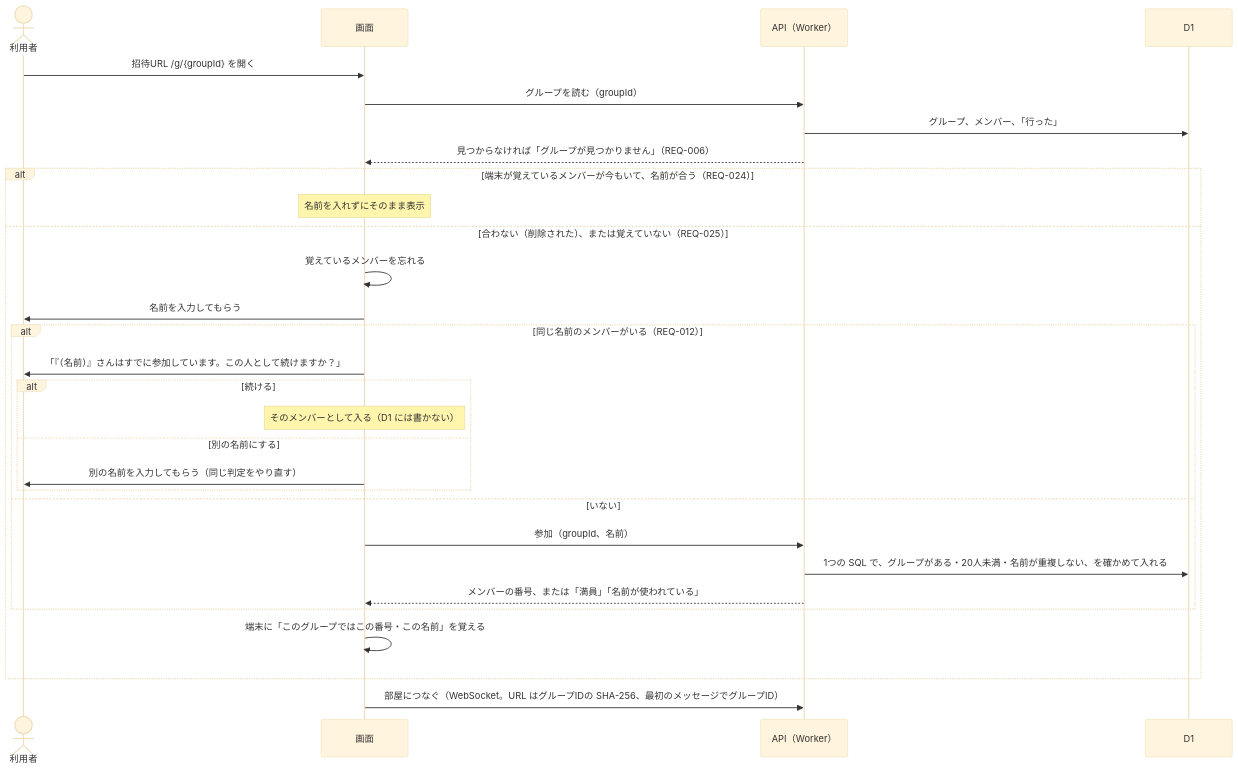
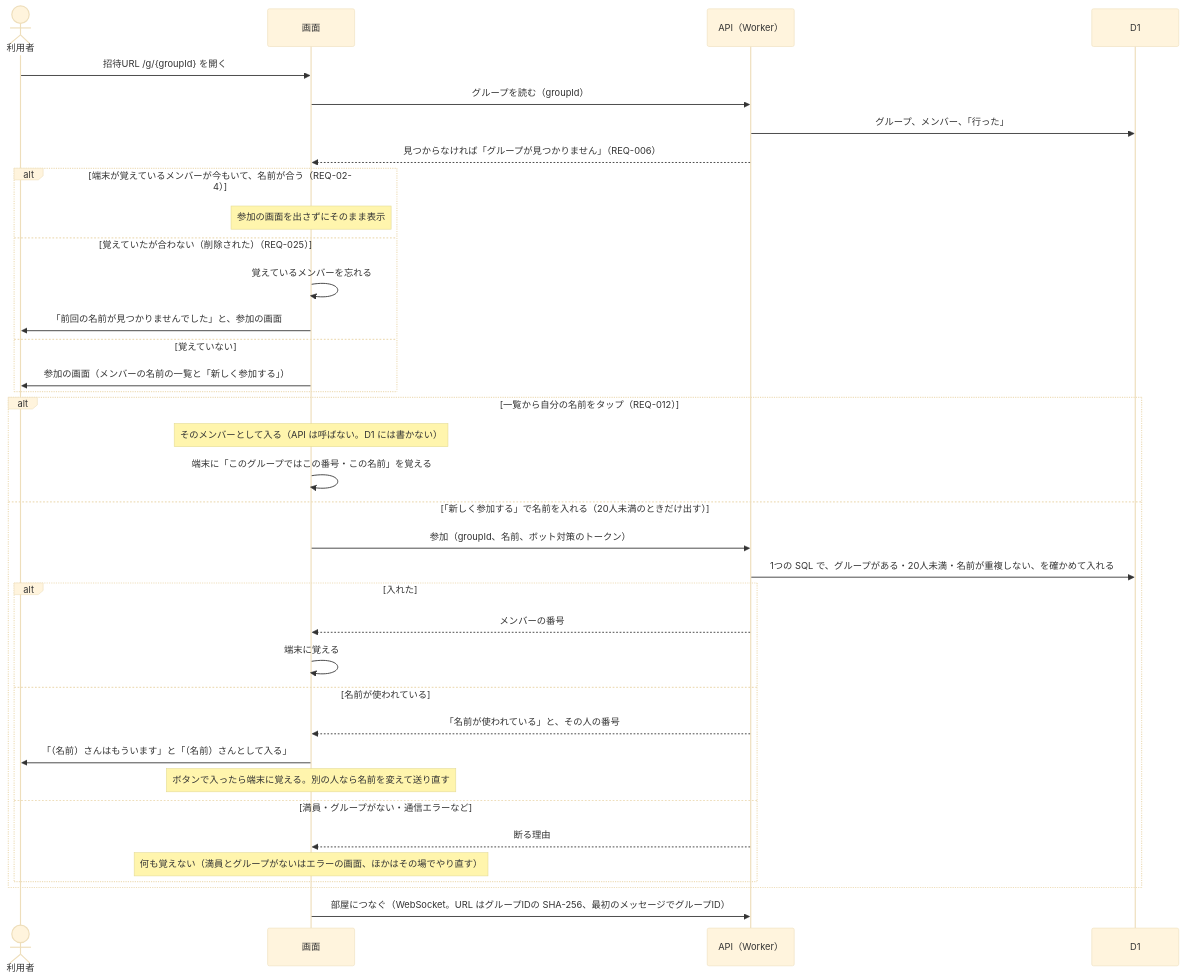
The diagram in docs/design/auth-flow.md (yuppy52/tabikaigi-map), drawn with Mermaid (base theme) before and after one commit. The commit also changed other lines of this file and 16 other files, not shown here.

````diff
--- a/docs/design/auth-flow.md
+++ b/docs/design/auth-flow.md
@@ -36,32 +36,39 @@
 ```mermaid
 sequenceDiagram
   actor U as 利用者
   participant App as 画面
   participant API as API（Worker）
   participant DB as D1
 
   U->>App: 招待URL /g/{groupId} を開く
   App->>API: グループを読む（groupId）
   API->>DB: グループ、メンバー、「行った」
   API-->>App: 見つからなければ「グループが見つかりません」（REQ-006）
   alt 端末が覚えているメンバーが今もいて、名前が合う（REQ-024）
-    Note over App: 名前を入れずにそのまま表示
-  else 合わない（削除された）、または覚えていない（REQ-025）
+    Note over App: 参加の画面を出さずにそのまま表示
+  else 覚えていたが合わない（削除された）（REQ-025）
     App->>App: 覚えているメンバーを忘れる
-    App->>U: 名前を入力してもらう
-    alt 同じ名前のメンバーがいる（REQ-012）
-      App->>U: 「『（名前）』さんはすでに参加しています。この人として続けますか？」
-      alt 続ける
-        Note over App: そのメンバーとして入る（D1 には書かない）
-      else 別の名前にする
-        App->>U: 別の名前を入力してもらう（同じ判定をやり直す）
-      end
-    else いない
-      App->>API: 参加（groupId、名前）
-      API->>DB: 1つの SQL で、グループがある・20人未満・名前が重複しない、を確かめて入れる
-      API-->>App: メンバーの番号、または「満員」「名前が使われている」
+    App->>U: 「前回の名前が見つかりませんでした」と、参加の画面
+  else 覚えていない
+    App->>U: 参加の画面（メンバーの名前の一覧と「新しく参加する」）
+  end
+  alt 一覧から自分の名前をタップ（REQ-012）
+    Note over App: そのメンバーとして入る（API は呼ばない。D1 には書かない）
+    App->>App: 端末に「このグループではこの番号・この名前」を覚える
+  else 「新しく参加する」で名前を入れる（20人未満のときだけ出す）
+    App->>API: 参加（groupId、名前、ボット対策のトークン）
+    API->>DB: 1つの SQL で、グループがある・20人未満・名前が重複しない、を確かめて入れる
+    alt 入れた
+      API-->>App: メンバーの番号
+      App->>App: 端末に覚える
+    else 名前が使われている
+      API-->>App: 「名前が使われている」と、その人の番号
+      App->>U: 「（名前）さんはもういます」と「（名前）さんとして入る」
+      Note over App: ボタンで入ったら端末に覚える。別の人なら名前を変えて送り直す
+    else 満員・グループがない・通信エラーなど
+      API-->>App: 断る理由
+      Note over App: 何も覚えない（満員とグループがないはエラーの画面、ほかはその場でやり直す）
     end
-    App->>App: 端末に「このグループではこの番号・この名前」を覚える
   end
   App->>API: 部屋につなぐ（WebSocket。URL はグループIDの SHA-256、最初のメッセージでグループID）
 ```
````
